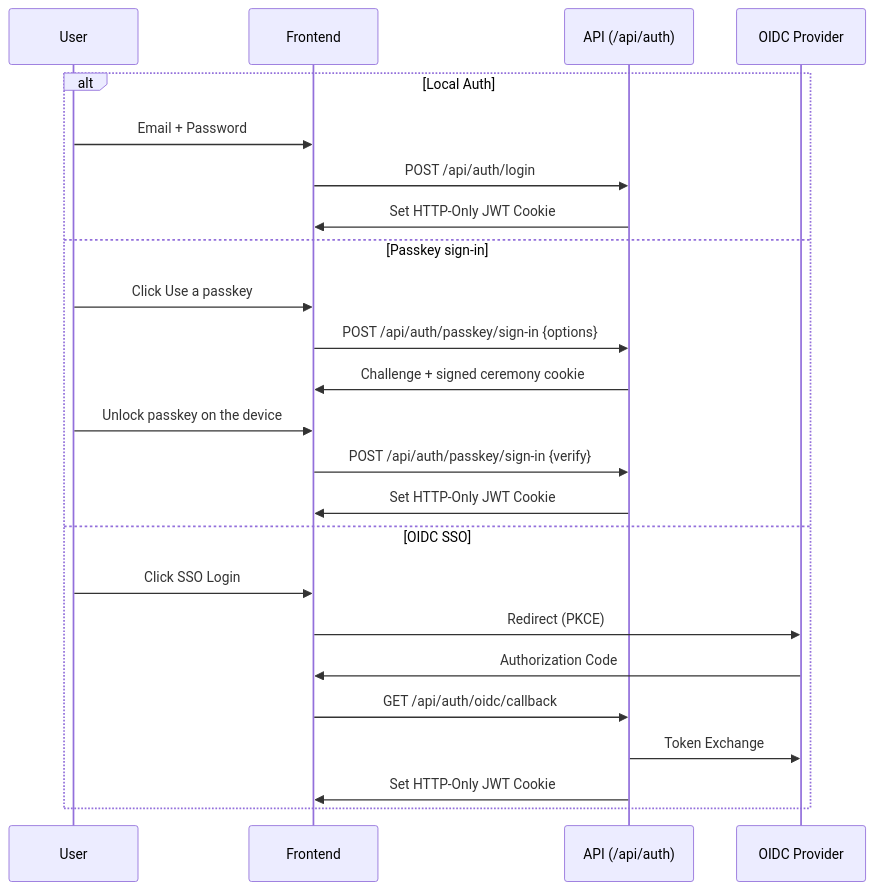
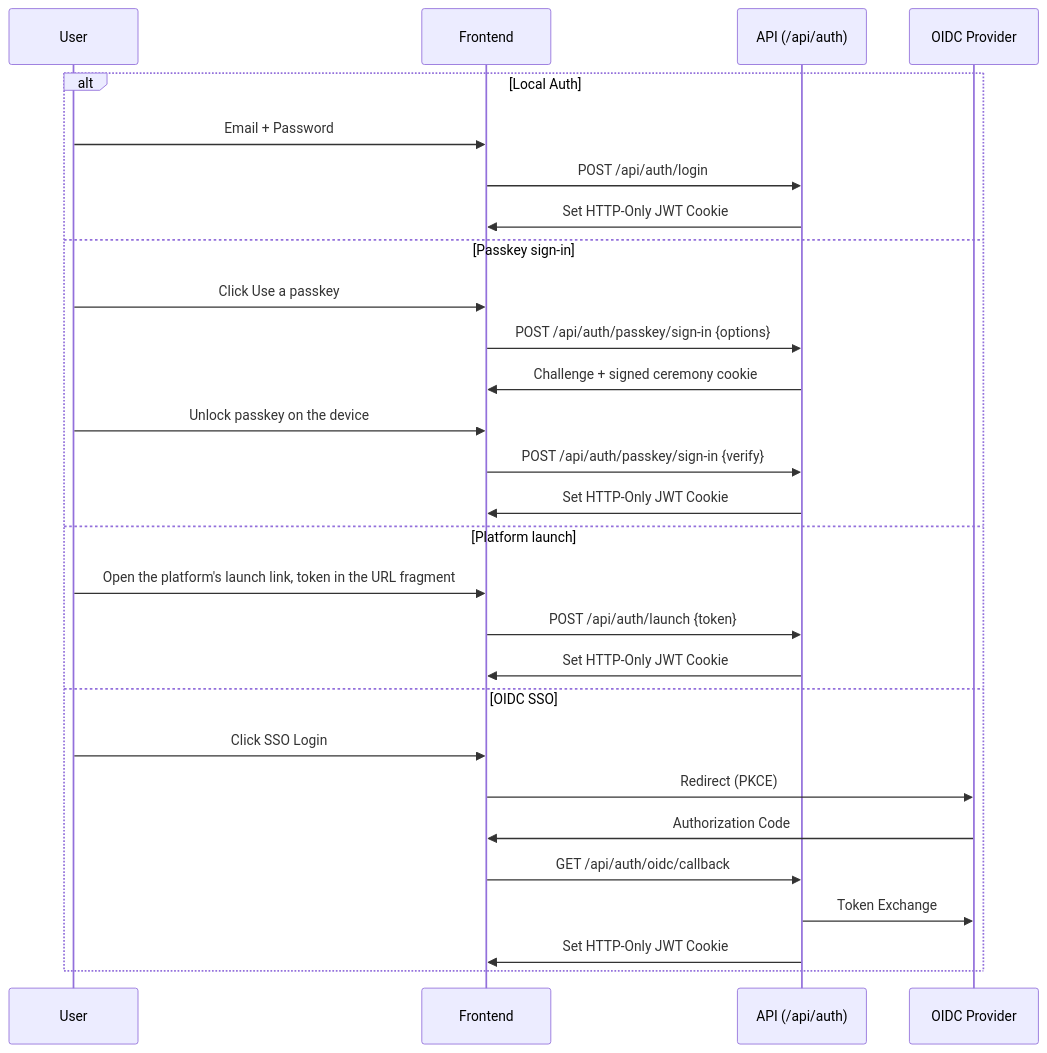
One commit to M4Y4NK-V3RM4/libredb-studio changed the third of 3 diagrams in docs/ARCHITECTURE.md. Above: the diagram before and after it, drawn with Mermaid. The commit also changed other lines of this file and 10 other files, not shown here.

First line of the commit message:
docs(auth): document launch sign-in and record control 1.9

````diff
--- a/docs/ARCHITECTURE.md
+++ b/docs/ARCHITECTURE.md
@@ -198,27 +198,31 @@
 ```mermaid
 sequenceDiagram
     participant U as User
     participant F as Frontend
     participant A as API (/api/auth)
     participant O as OIDC Provider
 
     alt Local Auth
         U->>F: Email + Password
         F->>A: POST /api/auth/login
         A->>F: Set HTTP-Only JWT Cookie
     else Passkey sign-in
         U->>F: Click Use a passkey
         F->>A: POST /api/auth/passkey/sign-in {options}
         A->>F: Challenge + signed ceremony cookie
         U->>F: Unlock passkey on the device
         F->>A: POST /api/auth/passkey/sign-in {verify}
         A->>F: Set HTTP-Only JWT Cookie
+    else Platform launch
+        U->>F: Open the platform's launch link, token in the URL fragment
+        F->>A: POST /api/auth/launch {token}
+        A->>F: Set HTTP-Only JWT Cookie
     else OIDC SSO
         U->>F: Click SSO Login
         F->>O: Redirect (PKCE)
         O->>F: Authorization Code
         F->>A: GET /api/auth/oidc/callback
         A->>O: Token Exchange
         A->>F: Set HTTP-Only JWT Cookie
     end
 ```
````
